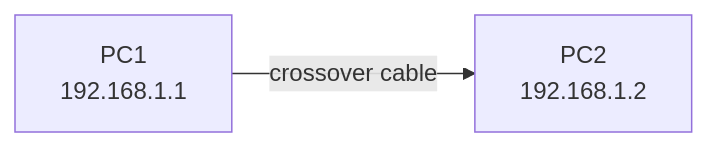
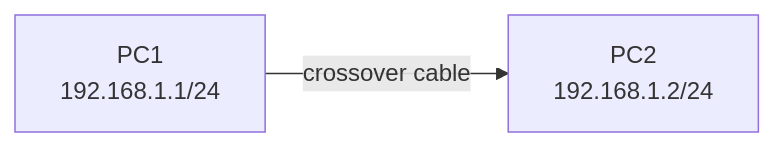
Before and after one commit to rick-homelab/ccna-handson-labs: the first of 2 diagrams in project-1/README.md, drawn with Mermaid.

````diff
--- a/project-1/README.md
+++ b/project-1/README.md
@@ -45,4 +45,4 @@
 ```mermaid
 graph LR
-A[PC1</br>192.168.1.1] -->|crossover cable| B[PC2</br>192.168.1.2]
+A[PC1</br>192.168.1.1/24] -->|crossover cable| B[PC2</br>192.168.1.2/24]
 ```
````
